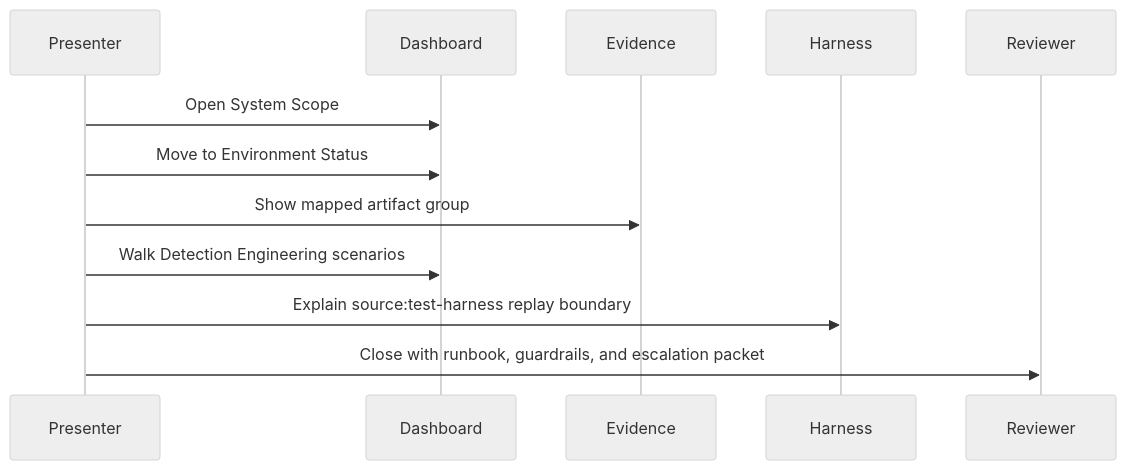
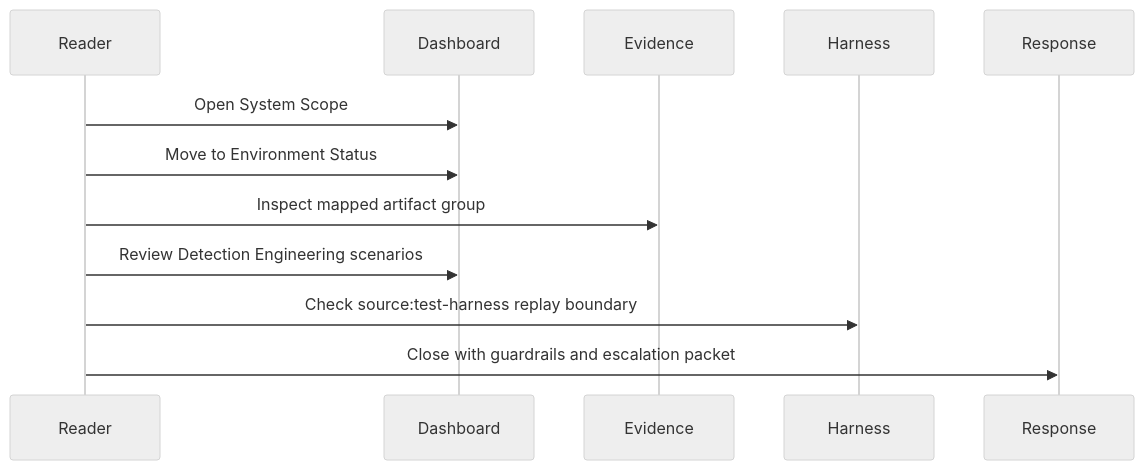
The fifth of 5 diagrams in docs/architecture-and-flowcharts.md (Kalla-Bhanu/CloudSec-SOC-Detection-Lab), drawn with Mermaid (neutral theme) before and after one commit. The commit also changed other lines of this file and 37 other files, not shown here.

````diff
--- a/docs/architecture-and-flowcharts.md
+++ b/docs/architecture-and-flowcharts.md
@@ -107,15 +107,15 @@
 ```mermaid
 sequenceDiagram
-  participant Presenter
+  participant Reader
   participant Dashboard
   participant Evidence
   participant Harness
-  participant Reviewer
+  participant Response
 
-  Presenter->>Dashboard: Open System Scope
-  Presenter->>Dashboard: Move to Environment Status
-  Presenter->>Evidence: Show mapped artifact group
-  Presenter->>Dashboard: Walk Detection Engineering scenarios
-  Presenter->>Harness: Explain source:test-harness replay boundary
-  Presenter->>Reviewer: Close with runbook, guardrails, and escalation packet
+  Reader->>Dashboard: Open System Scope
+  Reader->>Dashboard: Move to Environment Status
+  Reader->>Evidence: Inspect mapped artifact group
+  Reader->>Dashboard: Review Detection Engineering scenarios
+  Reader->>Harness: Check source:test-harness replay boundary
+  Reader->>Response: Close with guardrails and escalation packet
 ```
````
